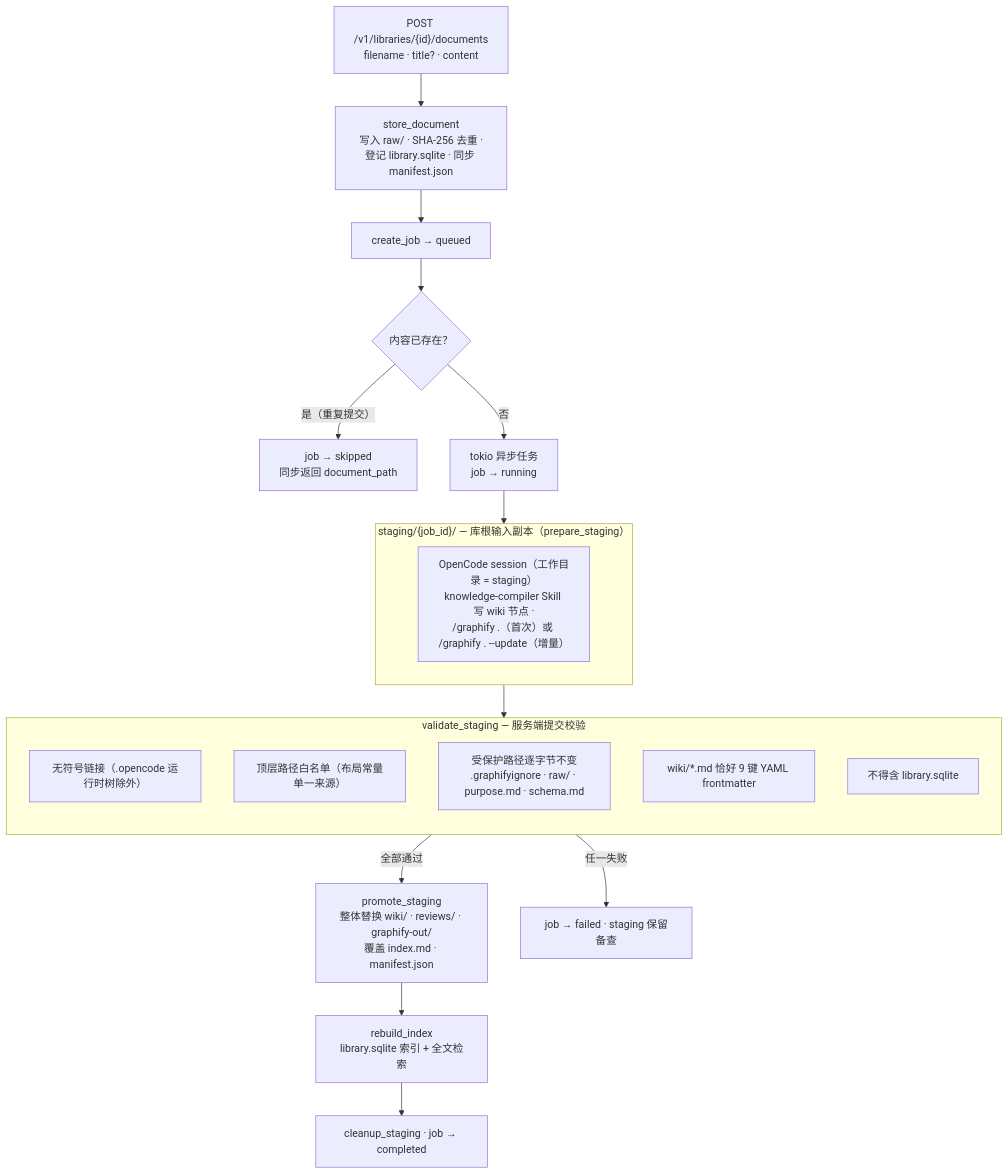
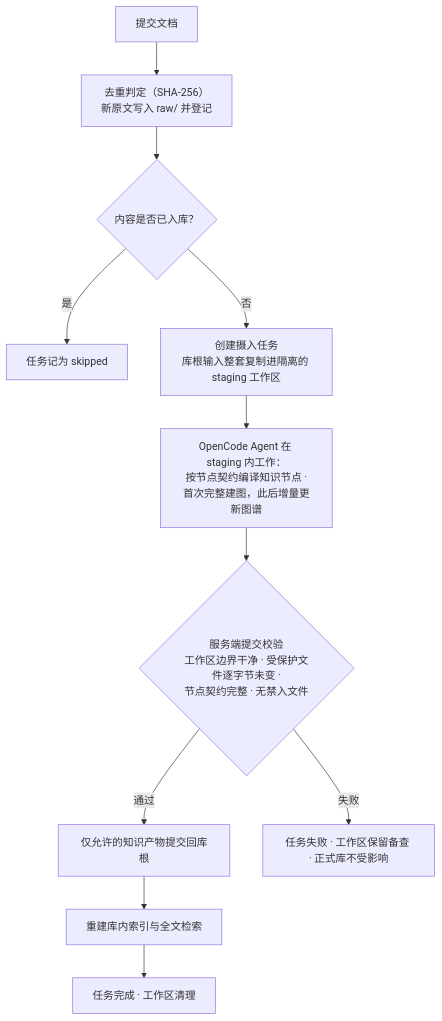
One commit to xutianyi1999/noema changed the second of 5 diagrams in README.md. Above: the diagram before and after it, drawn with Mermaid. The commit also changed other lines of this file, not shown here.

Commit message:
refactor: reorganize README to clarify design principles and content library structure

````diff
--- a/README.md
+++ b/README.md
@@ -65,29 +108,13 @@
 ```mermaid
 flowchart TB
-    REQ["POST /v1/libraries/{id}/documents<br/>filename · title? · content"] --> STORE["store_document<br/>写入 raw/ · SHA-256 去重 ·<br/>登记 library.sqlite · 同步 manifest.json"]
-    STORE --> JOB["create_job → queued"]
-    JOB --> DUP{"内容已存在？"}
-    DUP -->|"是（重复提交）"| SKIP["job → skipped<br/>同步返回 document_path"]
-    DUP -->|"否"| TASK["tokio 异步任务<br/>job → running"]
-
-    subgraph STAGE["staging/{job_id}/ — 库根输入副本（prepare_staging）"]
-        AGENT["OpenCode session（工作目录 = staging）<br/>knowledge-compiler Skill 写 wiki 节点 ·<br/>/graphify .（首次）或 /graphify . --update（增量）"]
-    end
-
-    TASK --> STAGE
-
-    subgraph GATE["validate_staging — 服务端提交校验"]
-        direction TB
-        V1["无符号链接（.opencode 运行时树除外）"]
-        V2["顶层路径白名单（布局常量单一来源）"]
-        V3["受保护路径逐字节不变<br/>.graphifyignore · raw/ · purpose.md · schema.md"]
-        V4["wiki/*.md 恰好 9 键 YAML frontmatter"]
-        V5["不得含 library.sqlite"]
-    end
-
-    STAGE --> GATE
-    GATE -->|"全部通过"| PROMOTE["promote_staging<br/>整体替换 wiki/ · reviews/ · graphify-out/<br/>覆盖 index.md · manifest.json"]
-    PROMOTE --> REBUILD["rebuild_index<br/>library.sqlite 索引 + 全文检索"]
-    REBUILD --> CLEAN["cleanup_staging · job → completed"]
-    GATE -->|"任一失败"| FAIL["job → failed · staging 保留备查"]
+    S1["提交文档"] --> S2["去重判定（SHA-256）<br/>新原文写入 raw/ 并登记"]
+    S2 --> S3{"内容是否已入库？"}
+    S3 -->|"是"| S4["任务记为 skipped"]
+    S3 -->|"否"| S5["创建摄入任务<br/>库根输入整套复制进隔离的 staging 工作区"]
+    S5 --> S6["OpenCode Agent 在 staging 内工作：<br/>按节点契约编译知识节点 ·<br/>首次完整建图，此后增量更新图谱"]
+    S6 --> S7{"服务端提交校验<br/>工作区边界干净 · 受保护文件逐字节未变 ·<br/>节点契约完整 · 无禁入文件"}
+    S7 -->|"通过"| S8["仅允许的知识产物提交回库根"]
+    S8 --> S9["重建库内索引与全文检索"]
+    S9 --> S10["任务完成 · 工作区清理"]
+    S7 -->|"失败"| S11["任务失败 · 工作区保留备查 · 正式库不受影响"]
 ```
````
